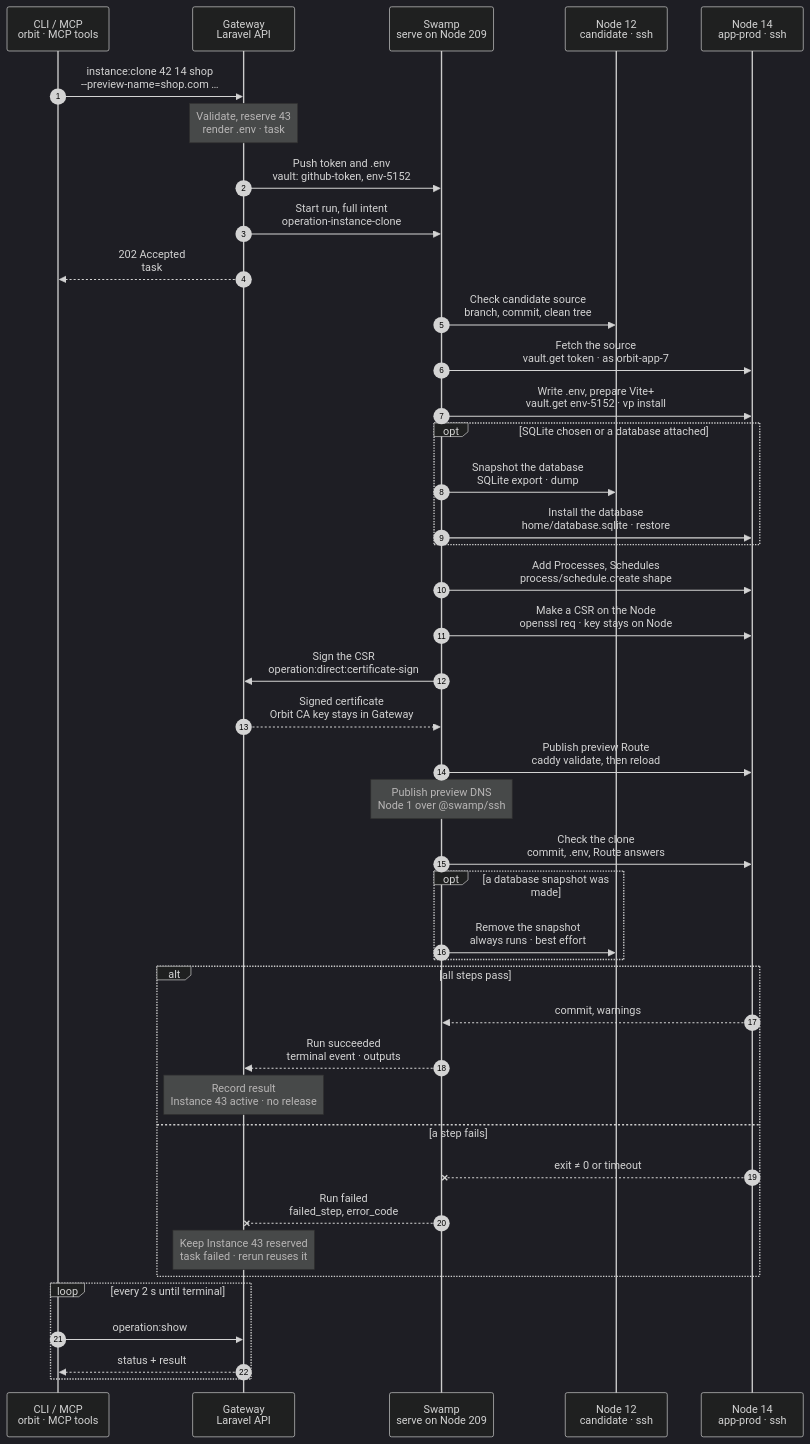
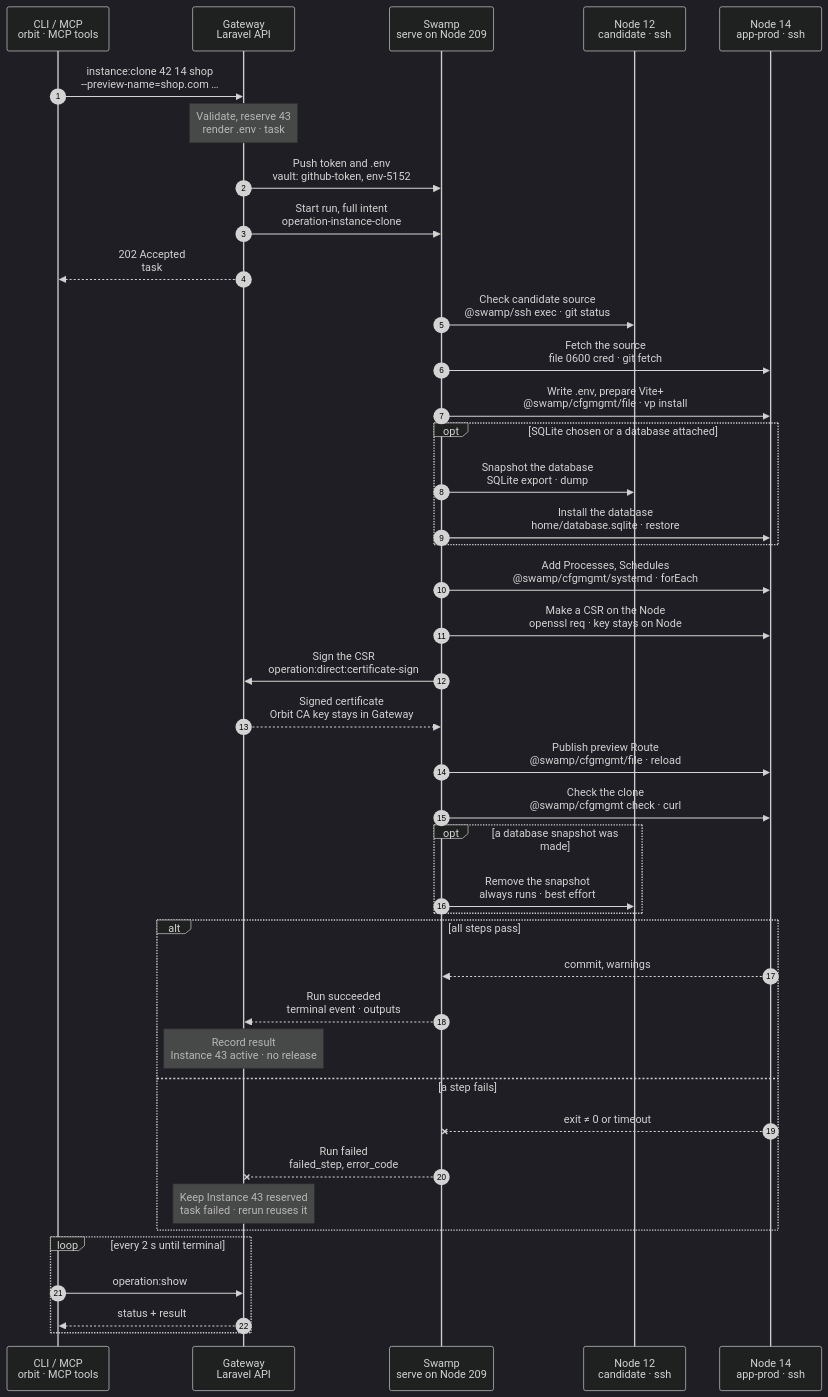
Before and after one commit to hardimpactdev/orbit: the diagram in docs/cli/instance/clone.mmd, drawn with Mermaid (dark theme). The commit also changed 2 other files, not shown here.

Commit message:
docs(cli): tighten2 wave 6 charts (instance.deploy, instance.rollback, instance.clone)
process.horizon_handoff waits for its lane: its new chart needs a workflow change.

```diff
--- a/docs/cli/instance/clone.mmd
+++ b/docs/cli/instance/clone.mmd
@@ -1,167 +1,166 @@
 sequenceDiagram
   %% Target design: ADR 0244 task + full intent as inputs, R1-R4, single-swamp-node; DECISIONS 1 (token at admission, vault.get; signing is the one step→Gateway call), scope (Process/Schedule definitions, same-Node preview Route); database.clone merged in as a step; .env through the vault as in instance.create. docs/reference/instance-cloning.md.
+  %% Tightened: flow-tighten 2026-11-02, rules 3, 17, 22 (no DNS step: the preview name is inside Node 14's TLD; cert install in the publish step as in route:create; cfgmgmt user/file/systemd, 0600 credential file for the fetch).
   %% status: draft
   %% command: instance:clone
   %% kind: instance.clone
   autonumber
   %% lane CLI icon=terminal pill=caller tone=gray
   %% lane GW icon=gateway pill=intent tone=blue
   %% lane SW icon=workflow pill=executes tone=green
   %% lane C icon=server pill=target tone=purple
   %% lane N icon=server pill=target tone=amber
   participant CLI as CLI / MCP<br/>orbit · MCP tools
   participant GW as Gateway<br/>Laravel API
   participant SW as Swamp<br/>serve on Node 209
   participant C as Node 12<br/>candidate · ssh
   participant N as Node 14<br/>app-prod · ssh
   CLI->>GW: instance:clone 42 14 shop<br/>--preview-name=shop.com …
   %%> Command:
   %%> - `orbit instance:clone 42 14 shop --preview-name=shop.com --sqlite-source-path=/srv/orbit/apps/acme/default/database/database.sqlite`
   %%> - syntax: `<candidate> <node> <name> --preview-name=NAME [--branch=BRANCH] [--sqlite-source-path=PATH] [--idempotency-key=KEY]`
   %%> What it does:
   %%> - clones development Instance 42 on Node 12 into a new production Instance `shop` on Node 14
   %%> Options:
   %%> - `--preview-name`: combined with Node 14's TLD, such as `shop.com.prod.orbit`
   %%> - `--branch`: another branch; the default is the candidate's branch
   %%> - `--sqlite-source-path`: seed the production SQLite file from this file on the candidate
   Note over GW: Validate, reserve 43<br/>render .env · task #5152
   %%> Requirements:
   %%> - your Node has access grants to Node 12 and Node 14
   %%> - Node 14 is active, has the `app-prod` role and a TLD
   %%> - Instance 42 is active with a recorded source; the branch exists in the repository
   %%> - Project 7 has no production Instance on Node 14 yet, and the preview domain is free
   %%> Plans:
   %%> - the account `orbit-app-7` and its home `/home/orbit-app-7`
   %%> - the Project's production Process and Schedule definitions
   %%> - the preview Route, and a database clone for each attached database or the chosen SQLite file
   %%> Renders .env:
   %%> - from the stored values of Instance 42, without `DB_*` and WebSocket credentials
   %%> - with the new database keys, such as `DB_DATABASE=/home/orbit-app-7/database.sqlite`
   %%> Result:
   %%> - Instance 43 reserved; task #5152 recorded with the full intent
   GW->>SW: Push token and .env<br/>vault: github-token, env-5152
   %%> Why:
   %%> - the repository is private, and only the Gateway holds the GitHub App key
   %%> - `.env` and database passwords travel only through the vault
   %%> What it does:
   %%> - mints a read token for this one repository, valid 1 hour
   %%> - pushes the token, the rendered `.env` and any new database password into Swamp's vault
   GW->>SW: Start run, full intent<br/>operation-instance-clone
   %%> What it does:
   %%> - starts one run on Swamp serve (Node 209); every step runs there
   %%> Inputs:
   %%> - both Nodes' addresses and SSH host keys; the SSH identity comes from the `swamp` role
   %%> - the full intent; secrets only as vault key names
   GW-->>CLI: 202 Accepted<br/>task #5152
   %%> What you get:
   %%> - the task number, at once
   %%> Next:
   %%> - the CLI follows the task with `operation:show`
-  SW->>C: Check candidate source<br/>branch, commit, clean tree
+  SW->>C: Check candidate source<br/>@swamp/ssh exec · git status
   %%> How:
   %%> - Swamp reaches Node 12 over `@swamp/ssh` from 209, read-only
   %%> What it does:
   %%> - checks the repository, branch and commit, a clean working tree and no submodules
   %%> - refuses an origin that contains credentials
   %%> Not included:
   %%> - copies no working files, dependencies or logs; the candidate keeps running
-  SW->>N: Fetch the source<br/>vault.get token · as orbit-app-7
+  %%> Why on the Node:
+  %%> - the candidate's tree can change after admission, and the clone depends on it
+  SW->>N: Fetch the source<br/>file 0600 cred · git fetch
   %%> What it does:
-  %%> - creates the account `orbit-app-7` and its home on Node 14
+  %%> - creates the account `orbit-app-7` and its home on Node 14 with `@swamp/cfgmgmt/user`
+  %%> - writes the vault token as a 0600 credential file with `@swamp/cfgmgmt/file`; git reads it, so the token never enters argv
   %%> - fetches the committed source into the home's release layout and checks out the commit
   %%> - leaves `current` absent until the first deploy
-  SW->>N: Write .env, prepare Vite+<br/>vault.get env-5152 · vp install
+  SW->>N: Write .env, prepare Vite+<br/>@swamp/cfgmgmt/file · vp install
   %%> What it does:
-  %%> - writes the rendered `.env` from the vault, mode `0640`
+  %%> - writes the rendered `.env` from `vault.get env-5152` with `@swamp/cfgmgmt/file`, mode `0640`
   %%> - installs and checks the pinned Vite+ runtime; a Project without one skips this
   opt SQLite chosen or a database attached
     SW->>C: Snapshot the database<br/>SQLite export · dump
     %%> What it does:
     %%> - SQLite: makes a consistent copy of the chosen file on Node 12
     %%> - MySQL or PostgreSQL: dumps the candidate's database on its Database server
     %%> Why here:
     %%> - this was the kind `database.clone`; it is now a step of the clone
     SW->>N: Install the database<br/>home/database.sqlite · restore
     %%> What it does:
     %%> - SQLite: installs the copy as `/home/orbit-app-7/database.sqlite`
     %%> - MySQL or PostgreSQL: restores the dump into the new database and user on the Database server
   end
-  SW->>N: Add Processes, Schedules<br/>process/schedule.create shape
+  SW->>N: Add Processes, Schedules<br/>@swamp/cfgmgmt/systemd · forEach
   %%> What it does:
   %%> - installs the Project's production Process definitions, enabled but not started; the first deploy starts them
   %%> - installs the per-minute Laravel scheduler as a timer on Node 14
   %%> Other Schedules:
   %%> - become native Swamp schedules; the Gateway publishes them after success
   SW->>N: Make a CSR on the Node<br/>openssl req · key stays on Node
   %%> What it does:
   %%> - makes a key and a certificate request for `shop.com.prod.orbit` on Node 14
   SW->>GW: Sign the CSR<br/>operation:direct:certificate-sign
   %%> Why:
   %%> - the one allowed step→Gateway call; the Orbit CA key stays in the Gateway
   GW-->>SW: Signed certificate<br/>Orbit CA key stays in Gateway
   %%> Returns:
   %%> - the certificate for the preview domain
-  SW->>N: Publish preview Route<br/>caddy validate, then reload
+  SW->>N: Publish preview Route<br/>@swamp/cfgmgmt/file · reload
   %%> What it does:
   %%> - installs the certificate and adds the Caddy site for `shop.com.prod.orbit` on Node 14
   %%> - same-Node work: Caddy on Node 14 serves the Instance home
   %%> - reloads Caddy; other sites keep serving
-  Note over SW: Publish preview DNS<br/>Node 1 over @swamp/ssh
-  %%> What it does:
-  %%> - adds `shop.com.prod.orbit` to private DNS, pointing at Node 14
-  %%> Order:
-  %%> - after the site serves, so the name only resolves when it works
-  %%> How:
-  %%> - over SSH from 209 to the VPN Node (Node 1), with the `swamp` role's key
-  SW->>N: Check the clone<br/>commit, .env, Route answers
+  %%> No DNS step:
+  %%> - `shop.com.prod.orbit` is inside Node 14's TLD, and private DNS answers the whole TLD
+  SW->>N: Check the clone<br/>@swamp/cfgmgmt check · curl
   %%> What it does:
   %%> - checks the checked-out commit and the `.env` file
   %%> - probes the preview site over TLS
   opt a database snapshot was made
     SW->>C: Remove the snapshot<br/>always runs · best effort
     %%> What it does:
     %%> - removes the snapshot and transfer files on Node 12, 209 and Node 14
     %%> When:
     %%> - after success and after failure
     %%> Failure:
     %%> - a failed cleanup is a warning; the leftover is harmless
   end
   alt all steps pass
     N-->>SW: commit, warnings
     %%> Returns:
     %%> - the checked-out commit
     %%> - key-only warnings, such as development service references in `.env`
     SW-->>GW: Run succeeded<br/>terminal event · outputs
     %%> How the Gateway learns it:
     %%> - its shared run reader sees the terminal event; Swamp never calls the Gateway
     Note over GW: Record result<br/>Instance 43 active · no release
     %%> Result:
     %%> - Instance 43 active, with its preview Route, Processes and Schedules
     %%> - the database connection is registered and attached under `DB`
     %%> - task #5152 succeeds
     %%> Next:
     %%> - review the warnings with `env:update`, add deploy steps, then `instance:deploy 43`
   else a step fails
     N--xSW: exit ≠ 0 or timeout
     %%> When:
     %%> - a check, fetch, restore or Caddy step fails, or SSH fails
     SW--xGW: Run failed<br/>failed_step, error_code
     %%> The Gateway reads:
     %%> - which step failed and its error code
     Note over GW: Keep Instance 43 reserved<br/>task failed · rerun reuses it
     %%> Result:
     %%> - Instance 43 stays reserved and shows the error; task #5152 fails
     %%> On the Node:
     %%> - what Node 14 got stays; the candidate is unchanged
     %%> Retry:
     %%> - the same request reuses Instance 43 and repeats only what is missing
     %%> - a changed input returns `instance.clone_retry_conflict`
   end
   loop every 2 s until terminal
     CLI->>GW: operation:show #5152
     %%> What it does:
     %%> - asks for the task's status until it has ended
     GW-->>CLI: status + result
     %%> Returns:
     %%> - the current status, and the result once the task has ended
   end
```
